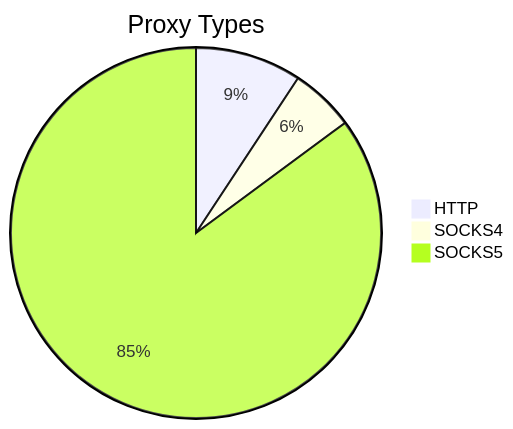
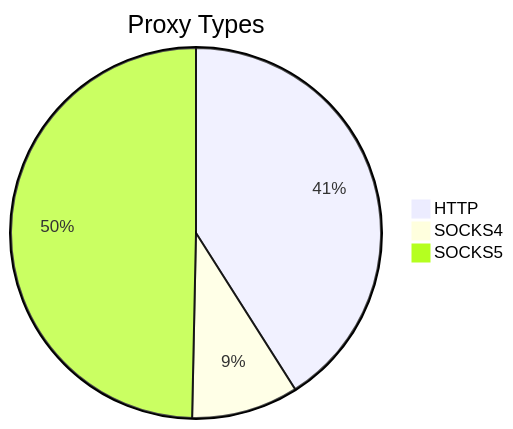
Before and after one commit to stormsia/proxy-list: the first of 2 diagrams in README.md, drawn with Mermaid. The commit also changed other lines of this file, not shown here.

````diff
--- a/README.md
+++ b/README.md
@@ -21,6 +21,6 @@
 ```mermaid
 pie title Proxy Types
-    "HTTP" : 187
-    "SOCKS4" : 113
-    "SOCKS5" : 1717
+    "HTTP" : 123
+    "SOCKS4" : 28
+    "SOCKS5" : 149
 ```
````
